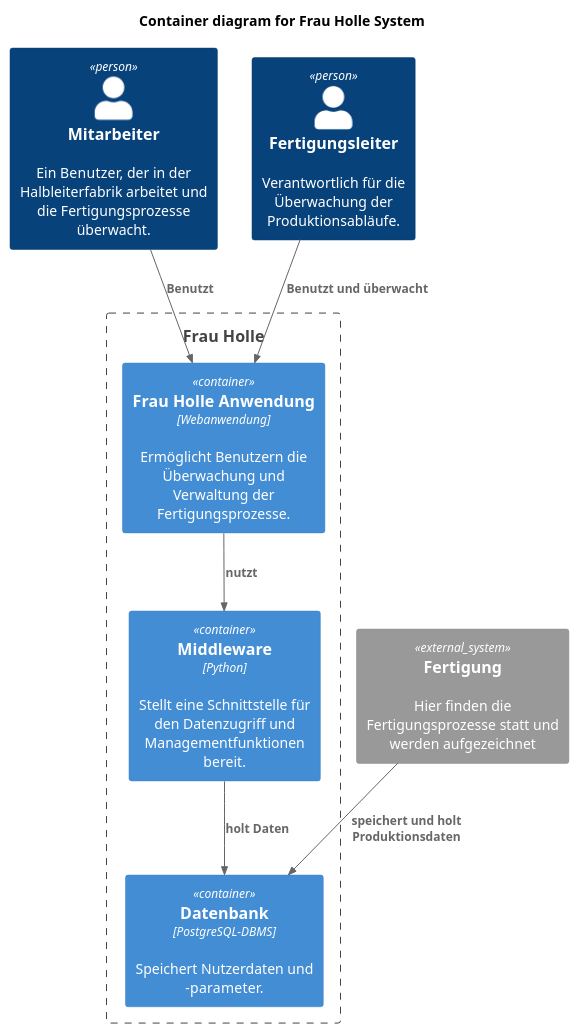
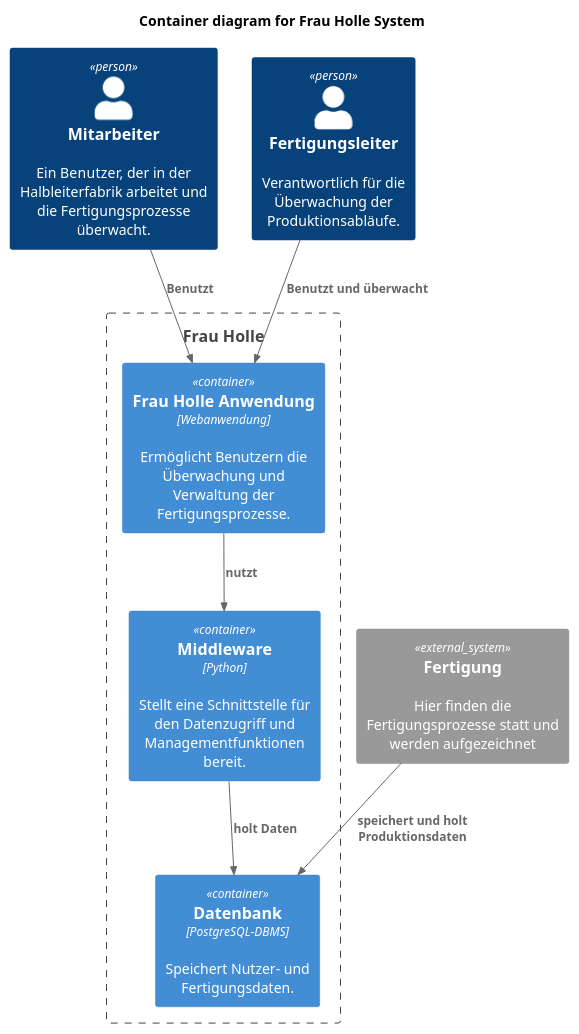
One commit to RichardSchultz-gh/semiconductor-logistics-automation changed the diagram in docs/architecture/plantuml/Frau_Holle_Container_C4.puml. Above: the diagram before and after it, drawn with PlantUML. The commit also changed 3 other files, not shown here.

Commit message:
Änderung von PlantUML-Diagrammen

```diff
--- a/docs/architecture/plantuml/Frau_Holle_Container_C4.puml
+++ b/docs/architecture/plantuml/Frau_Holle_Container_C4.puml
@@ -1,28 +1,26 @@
 @startuml Frau_Holle_Container_C4
-
 !include https://raw.githubusercontent.com/plantuml-stdlib/C4-PlantUML/master/C4_Container.puml
+!include https://raw.githubusercontent.com/plantuml-stdlib/C4-PlantUML/master/C4_Context.puml
 
 title Container diagram for Frau Holle System
 
 Person(worker, "Mitarbeiter", "Ein Benutzer, der in der Halbleiterfabrik arbeitet und die Fertigungsprozesse überwacht.")
 Person(manager, "Fertigungsleiter", "Verantwortlich für die Überwachung der Produktionsabläufe.")
 
 Boundary(frauHolleBoundary, "Frau Holle ") {
 
 Container(frauHolleApp, "Frau Holle Anwendung", "Webanwendung", "Ermöglicht Benutzern die Überwachung und Verwaltung der Fertigungsprozesse.")
-Container(db, "Datenbank", "PostgreSQL-DBMS", "Speichert Nutzerdaten und -parameter.")
+Container(db, "Datenbank", "PostgreSQL-DBMS", "Speichert Nutzer- und Fertigungsdaten.")
 Container(api, "Middleware", "Python", "Stellt eine Schnittstelle für den Datenzugriff und Managementfunktionen bereit.")
 
 Rel(worker, frauHolleApp, "Benutzt")
 Rel(manager, frauHolleApp, "Benutzt und überwacht")
 Rel(frauHolleApp, api, "nutzt")
-
-
 }
 
 System_Ext(manufacturing, "Fertigung", "Hier finden die Fertigungsprozesse statt und werden aufgezeichnet")
 
 
 Rel(manufacturing, db, "speichert und holt Produktionsdaten")
 Rel(api, db, "holt Daten")
 @enduml
```
